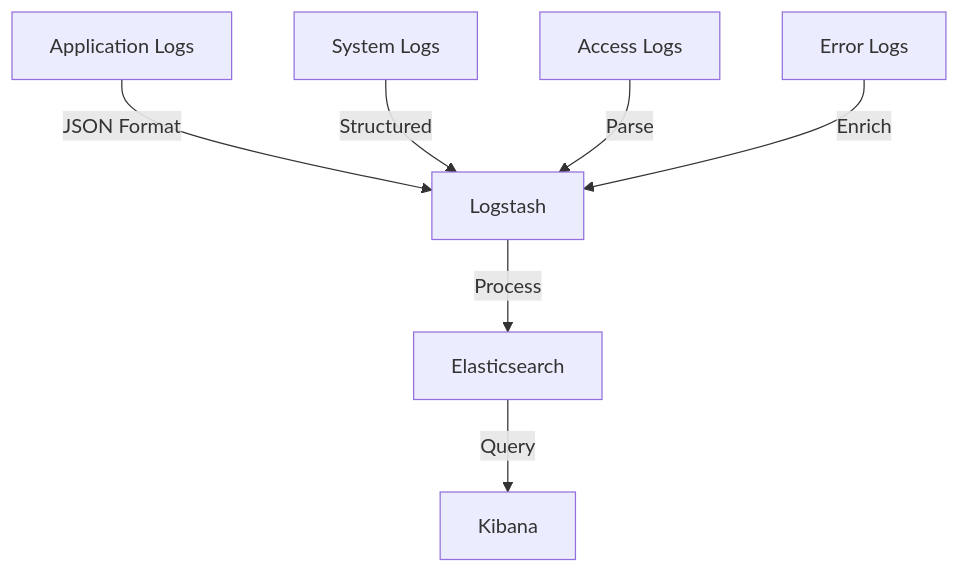
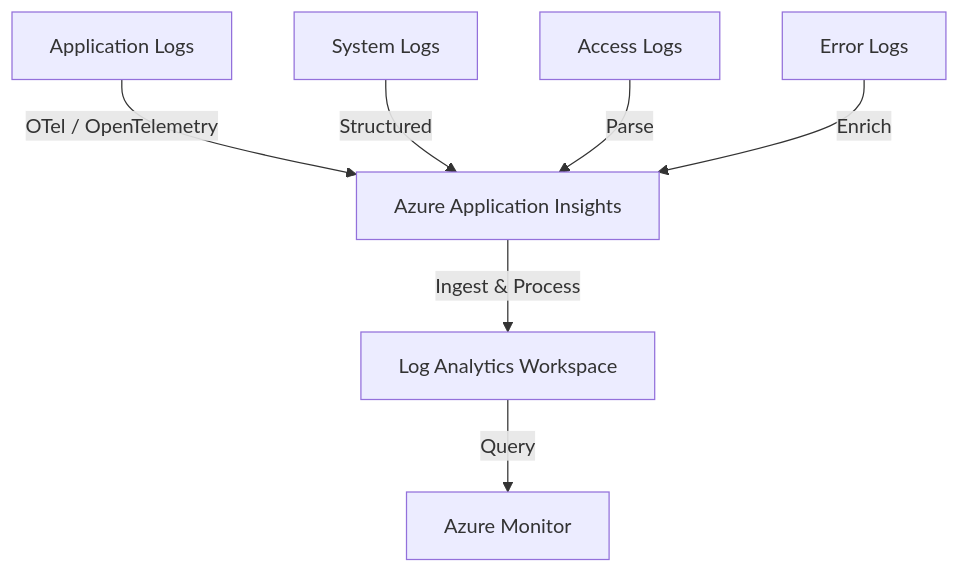
One commit to UCLH-Digital-Innovation-Hub/Xhuma changed the fourth of 10 diagrams in docs/data_flow.md. Above: the diagram before and after it, drawn with Mermaid. The commit also changed other lines of this file and 1 other file, not shown here.

Commit message:
docs: update technical docs with latest pydantic models and azure observability patterns

````diff
--- a/docs/data_flow.md
+++ b/docs/data_flow.md
@@ -47,10 +47,10 @@
 ```mermaid
 flowchart TD
-    A[Application Logs] -->|JSON Format| B[Logstash]
-    B -->|Process| C[Elasticsearch]
-    C -->|Query| D[Kibana]
+    A[Application Logs] -->|OTel / OpenTelemetry| B[Azure Application Insights]
+    B -->|Ingest & Process| C[Log Analytics Workspace]
+    C -->|Query| D[Azure Monitor]
 
     E[System Logs] -->|Structured| B
     F[Access Logs] -->|Parse| B
     G[Error Logs] -->|Enrich| B
 ```
````
